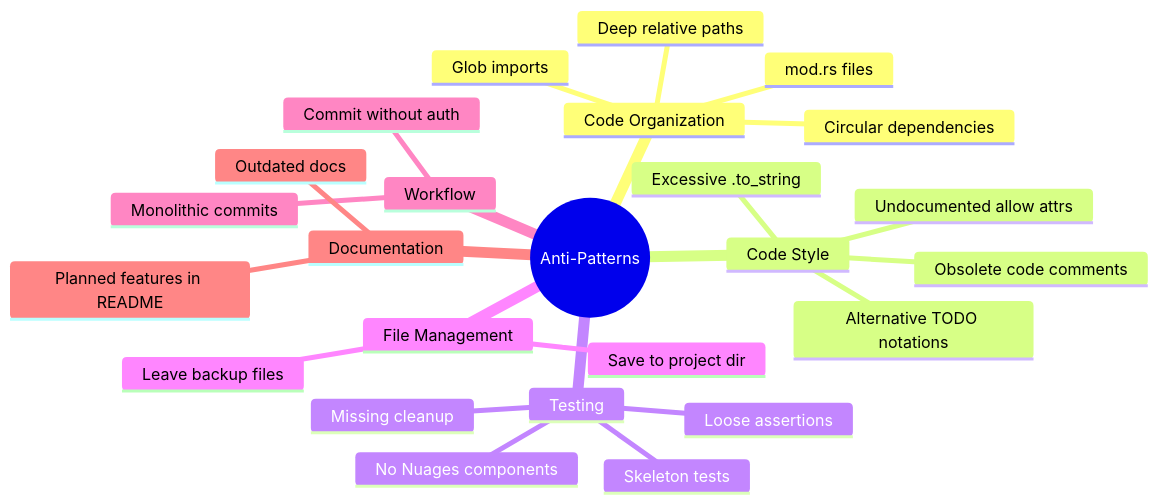
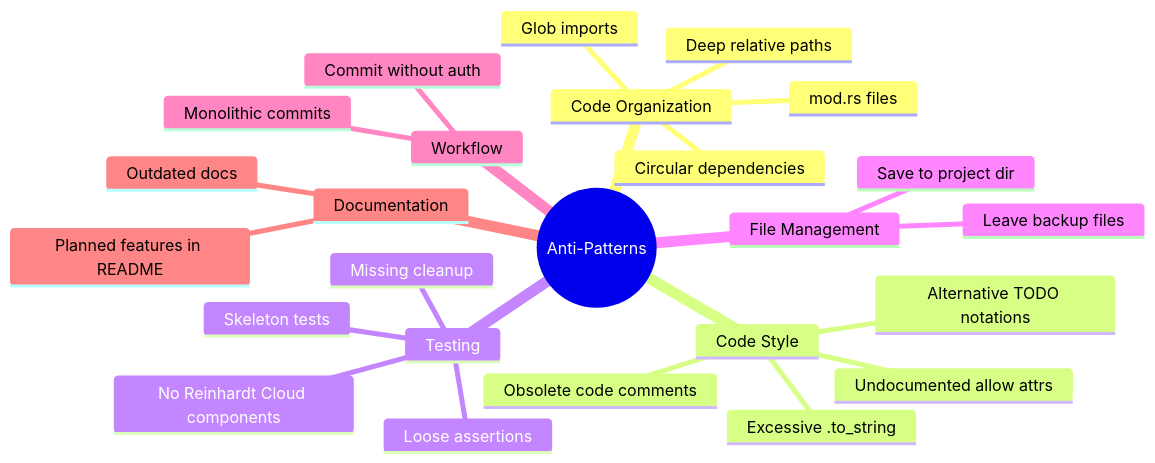
Before and after one commit to kent8192/reinhardt-cloud: the diagram in instructions/ANTI_PATTERNS.md, drawn with Mermaid. The commit also changed other lines of this file and 15 other files, not shown here.

Commit message:
docs: update all documentation references from nuages to reinhardt-cloud

````diff
--- a/instructions/ANTI_PATTERNS.md
+++ b/instructions/ANTI_PATTERNS.md
@@ -11,28 +11,28 @@
 ```mermaid
 mindmap
   root((Anti-Patterns))
     Code Organization
       mod.rs files
       Glob imports
       Circular dependencies
       Deep relative paths
     Code Style
       Excessive .to_string
       Obsolete code comments
       Alternative TODO notations
       Undocumented allow attrs
     Testing
       Skeleton tests
-      No Nuages components
+      No Reinhardt Cloud components
       Missing cleanup
       Loose assertions
     File Management
       Save to project dir
       Leave backup files
     Workflow
       Commit without auth
       Monolithic commits
     Documentation
       Outdated docs
       Planned features in README
 ```
````
